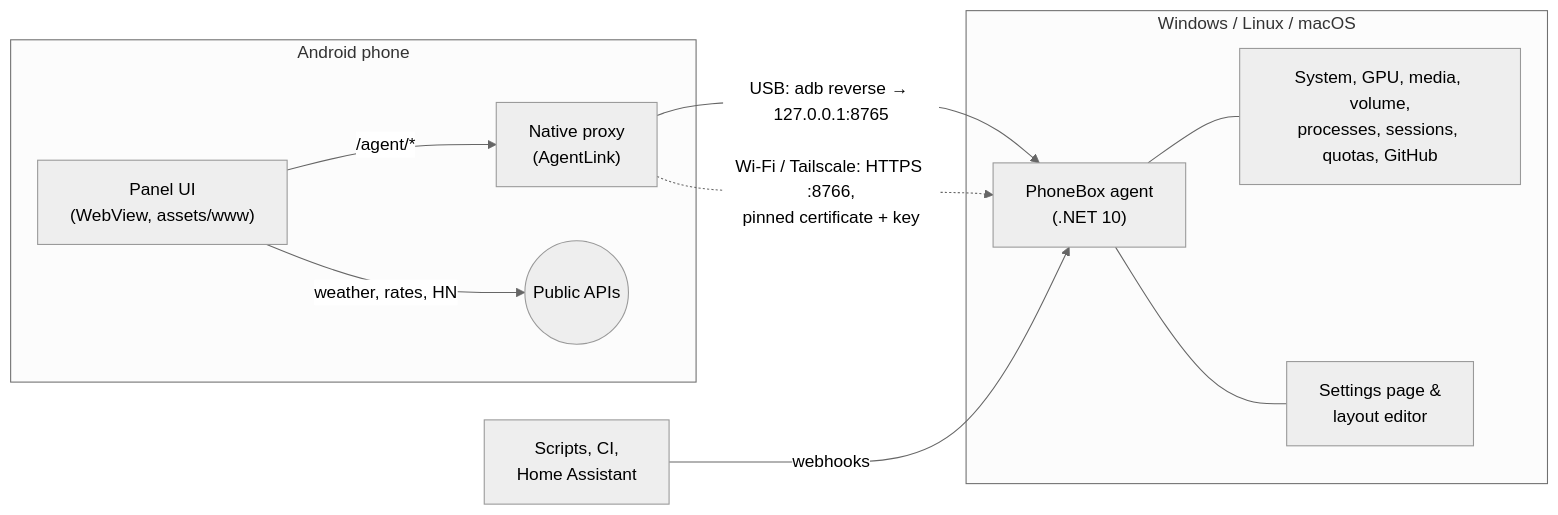
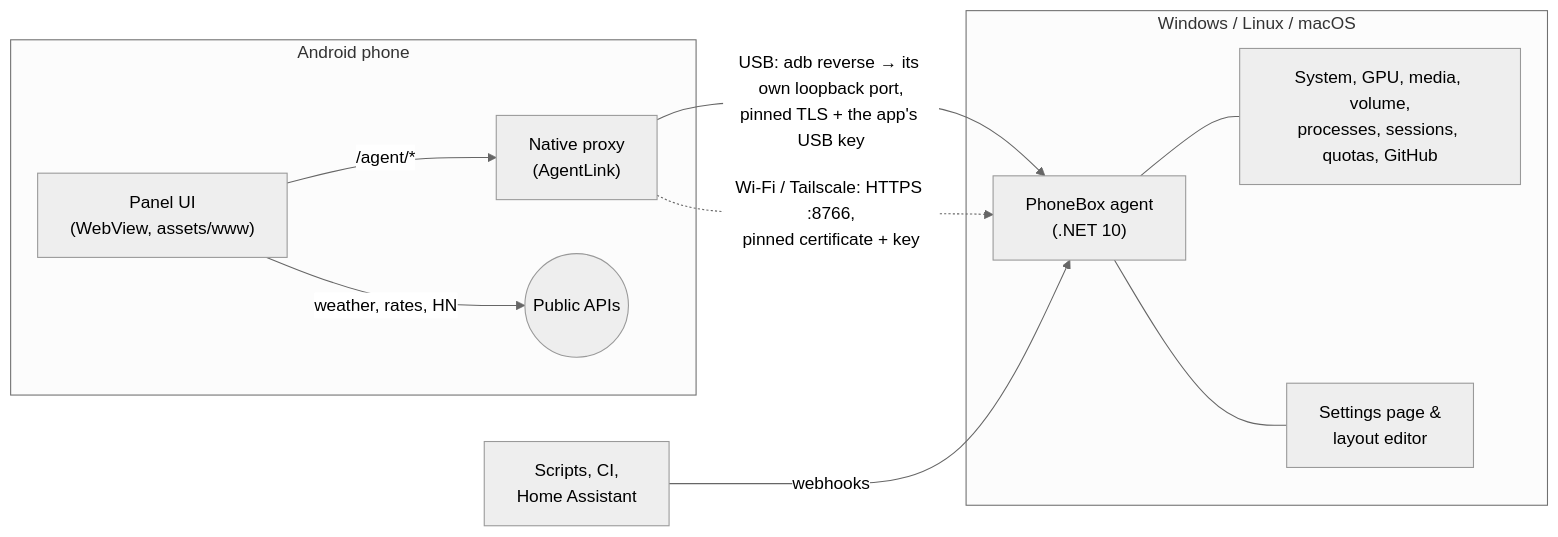
The diagram in docs/DEVELOPMENT.md (0xBEEBAD/phonebox), drawn with Mermaid (neutral theme) before and after one commit. The commit also changed 13 other files, not shown here.

````diff
--- a/docs/DEVELOPMENT.md
+++ b/docs/DEVELOPMENT.md
@@ -9,15 +9,15 @@
 ```mermaid
 flowchart LR
   subgraph Phone["Android phone"]
     UI["Panel UI<br/>(WebView, assets/www)"] -->|"/agent/*"| Proxy["Native proxy<br/>(AgentLink)"]
     UI -->|weather, rates, HN| Web(("Public APIs"))
   end
   subgraph PC["Windows / Linux / macOS"]
     Agent["PhoneBox agent<br/>(.NET 10)"]
     Agent --- Mon["System, GPU, media, volume,<br/>processes, sessions, quotas, GitHub"]
     Agent --- Set["Settings page &<br/>layout editor"]
   end
-  Proxy -->|"USB: adb reverse → 127.0.0.1:8765"| Agent
+  Proxy -->|"USB: adb reverse → its own loopback port,<br/>pinned TLS + the app's USB key"| Agent
   Proxy -.->|"Wi-Fi / Tailscale: HTTPS :8766,<br/>pinned certificate + key"| Agent
   Hooks["Scripts, CI,<br/>Home Assistant"] -->|webhooks| Agent
 ```
````
